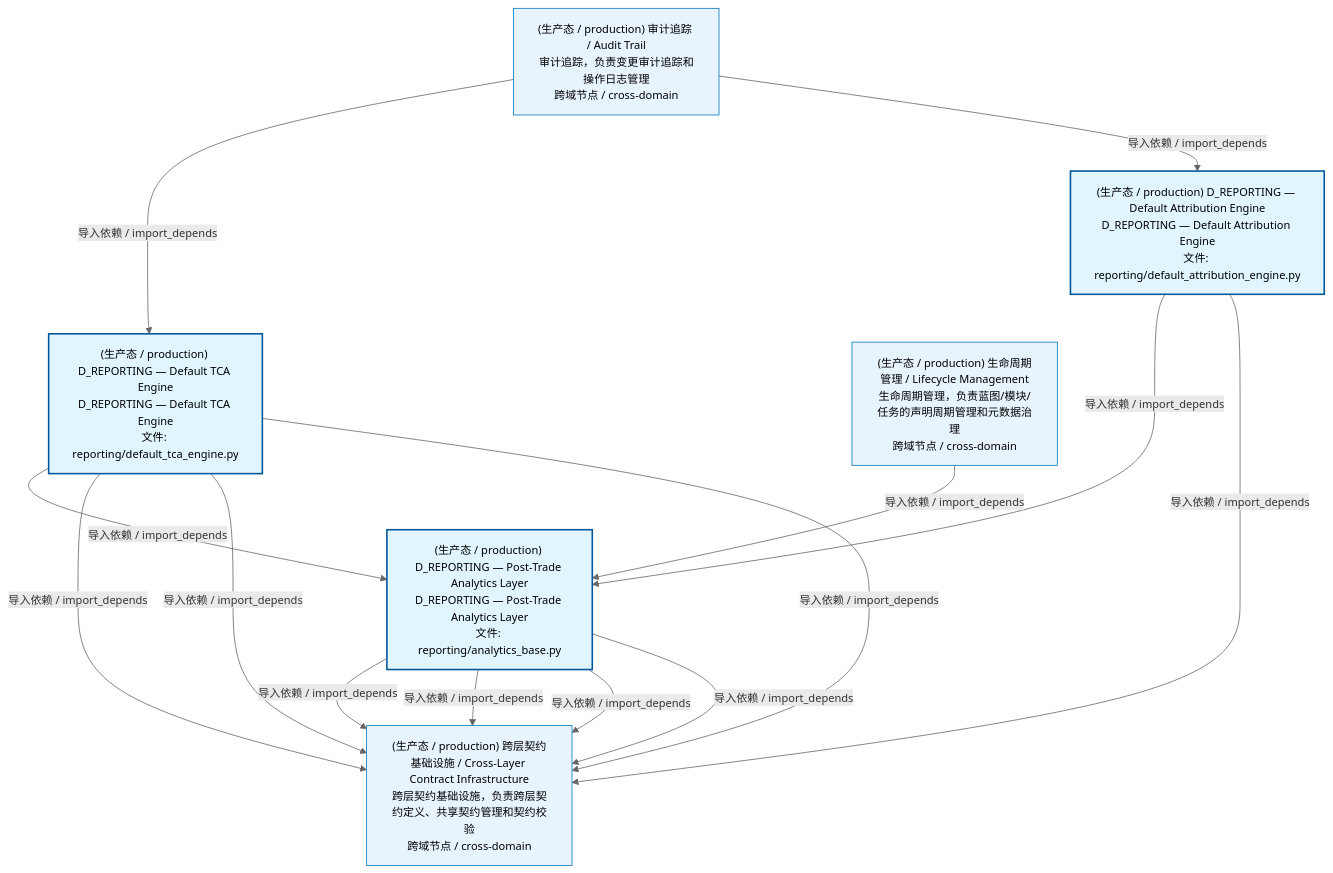
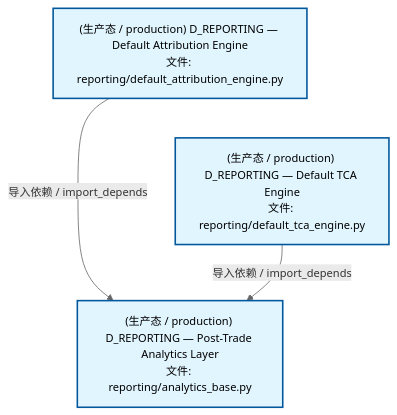
Before and after one commit to xuanFelixVan/ZephyrAlpha: the second of 4 diagrams in docs/02_enterprise_architecture/02_domain_architecture_docs/26_d_reporting.md, drawn with Mermaid. The commit also changed other lines of this file and 77 other files, not shown here.

````diff
--- a/docs/02_enterprise_architecture/02_domain_architecture_docs/26_d_reporting.md
+++ b/docs/02_enterprise_architecture/02_domain_architecture_docs/26_d_reporting.md
@@ -53,30 +117,15 @@
 ```mermaid
 %%{init: {'theme': 'base', 'themeVariables': {'primaryColor': '#eaeaea', 'primaryTextColor': '#333333', 'primaryBorderColor': '#666666', 'lineColor': '#666666', 'secondaryColor': '#eaeaea', 'tertiaryColor': '#eaeaea', 'fontSize': '14px'}}}%%
 flowchart TD
-    src_zephyr_reporting_default_attribution_engine_py["(生产态 / production) D_REPORTING — Default Attribution Engine<br/>D_REPORTING — Default Attribution Engine<br/>文件: reporting/default_attribution_engine.py"]
-    src_zephyr_reporting_default_tca_engine_py["(生产态 / production) D_REPORTING — Default TCA Engine<br/>D_REPORTING — Default TCA Engine<br/>文件: reporting/default_tca_engine.py"]
+    src_zephyr_reporting_default_attribution_engine_py["(生产态 / production) D_REPORTING — Default Attribution Engine<br/>文件: reporting/default_attribution_engine.py"]
+    src_zephyr_reporting_default_tca_engine_py["(生产态 / production) D_REPORTING — Default TCA Engine<br/>文件: reporting/default_tca_engine.py"]
     src_zephyr_reporting_default_attribution_engine_py ~~~ src_zephyr_reporting_default_tca_engine_py
-    src_zephyr_reporting_analytics_base_py["(生产态 / production) D_REPORTING — Post-Trade Analytics Layer<br/>D_REPORTING — Post-Trade Analytics Layer<br/>文件: reporting/analytics_base.py"]
+    src_zephyr_reporting_analytics_base_py["(生产态 / production) D_REPORTING — Post-Trade Analytics Layer<br/>文件: reporting/analytics_base.py"]
+    src_zephyr_reporting_default_attribution_engine_py -->|导入依赖 / import_depends| src_zephyr_reporting_analytics_base_py
     src_zephyr_reporting_default_tca_engine_py -->|导入依赖 / import_depends| src_zephyr_reporting_analytics_base_py
-    src_zephyr_reporting_default_attribution_engine_py -->|导入依赖 / import_depends| src_zephyr_reporting_analytics_base_py
-    D_INFRASTRUCTURE["(生产态 / production) 跨层契约基础设施 / Cross-Layer Contract Infrastructure<br/>跨层契约基础设施，负责跨层契约定义、共享契约管理和契约校验<br/>跨域节点 / cross-domain"]
-    src_zephyr_reporting_analytics_base_py -->|导入依赖 / import_depends| D_INFRASTRUCTURE
-    src_zephyr_reporting_analytics_base_py -->|导入依赖 / import_depends| D_INFRASTRUCTURE
-    src_zephyr_reporting_analytics_base_py -->|导入依赖 / import_depends| D_INFRASTRUCTURE
-    src_zephyr_reporting_default_attribution_engine_py -->|导入依赖 / import_depends| D_INFRASTRUCTURE
-    src_zephyr_reporting_default_tca_engine_py -->|导入依赖 / import_depends| D_INFRASTRUCTURE
-    src_zephyr_reporting_default_tca_engine_py -->|导入依赖 / import_depends| D_INFRASTRUCTURE
-    src_zephyr_reporting_analytics_base_py -->|导入依赖 / import_depends| D_INFRASTRUCTURE
-    src_zephyr_reporting_default_tca_engine_py -->|导入依赖 / import_depends| D_INFRASTRUCTURE
-    D_GOVERNANCE["(生产态 / production) 生命周期管理 / Lifecycle Management<br/>生命周期管理，负责蓝图/模块/任务的声明周期管理和元数据治理<br/>跨域节点 / cross-domain"]
-    D_GOVERNANCE -->|导入依赖 / import_depends| src_zephyr_reporting_analytics_base_py
-    D_GOV_AUDIT["(生产态 / production) 审计追踪 / Audit Trail<br/>审计追踪，负责变更审计追踪和操作日志管理<br/>跨域节点 / cross-domain"]
-    D_GOV_AUDIT -->|导入依赖 / import_depends| src_zephyr_reporting_default_tca_engine_py
-    D_GOV_AUDIT -->|导入依赖 / import_depends| src_zephyr_reporting_default_attribution_engine_py
     classDef production fill:#e1f5fe,stroke:#01579b,stroke-width:2px,color:#000
     classDef design fill:#fff3e0,stroke:#e65100,stroke-width:2px,color:#000,stroke-dasharray: 5 5
     classDef external_prod fill:#e8f4fd,stroke:#0277bd,stroke-width:1px,color:#000
     classDef external_design fill:#fff8e7,stroke:#ef6c00,stroke-width:1px,color:#000,stroke-dasharray: 5 5
     class src_zephyr_reporting_analytics_base_py,src_zephyr_reporting_default_attribution_engine_py,src_zephyr_reporting_default_tca_engine_py production
-    class D_INFRASTRUCTURE,D_GOVERNANCE,D_GOV_AUDIT external_prod
 ```
````
